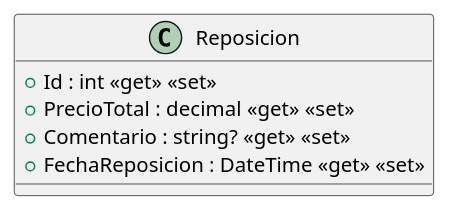
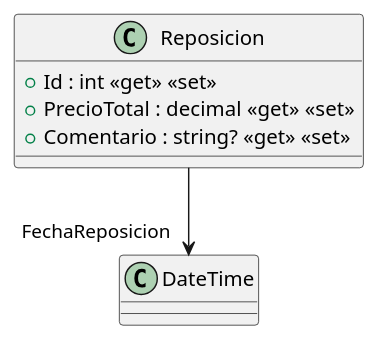
One commit to ISII2627NeedMoneyForMac/ISII2627NeedMoneyForMac changed the diagram in src/AppForSEII.API/ClassDiagram/Reposicion.puml. Above: the diagram before and after it, drawn with PlantUML. The commit also changed 9 other files, not shown here.

Commit message:
Creación de la clase Género y su correspondiente diagrama para el CU Comprar libros

```diff
--- a/src/AppForSEII.API/ClassDiagram/Reposicion.puml
+++ b/src/AppForSEII.API/ClassDiagram/Reposicion.puml
@@ -1,8 +1,8 @@
 @startuml
 class Reposicion {
     + Id : int <<get>> <<set>>
     + PrecioTotal : decimal <<get>> <<set>>
     + Comentario : string? <<get>> <<set>>
-    + FechaReposicion : DateTime <<get>> <<set>>
 }
+Reposicion --> "FechaReposicion" DateTime
 @enduml
```
